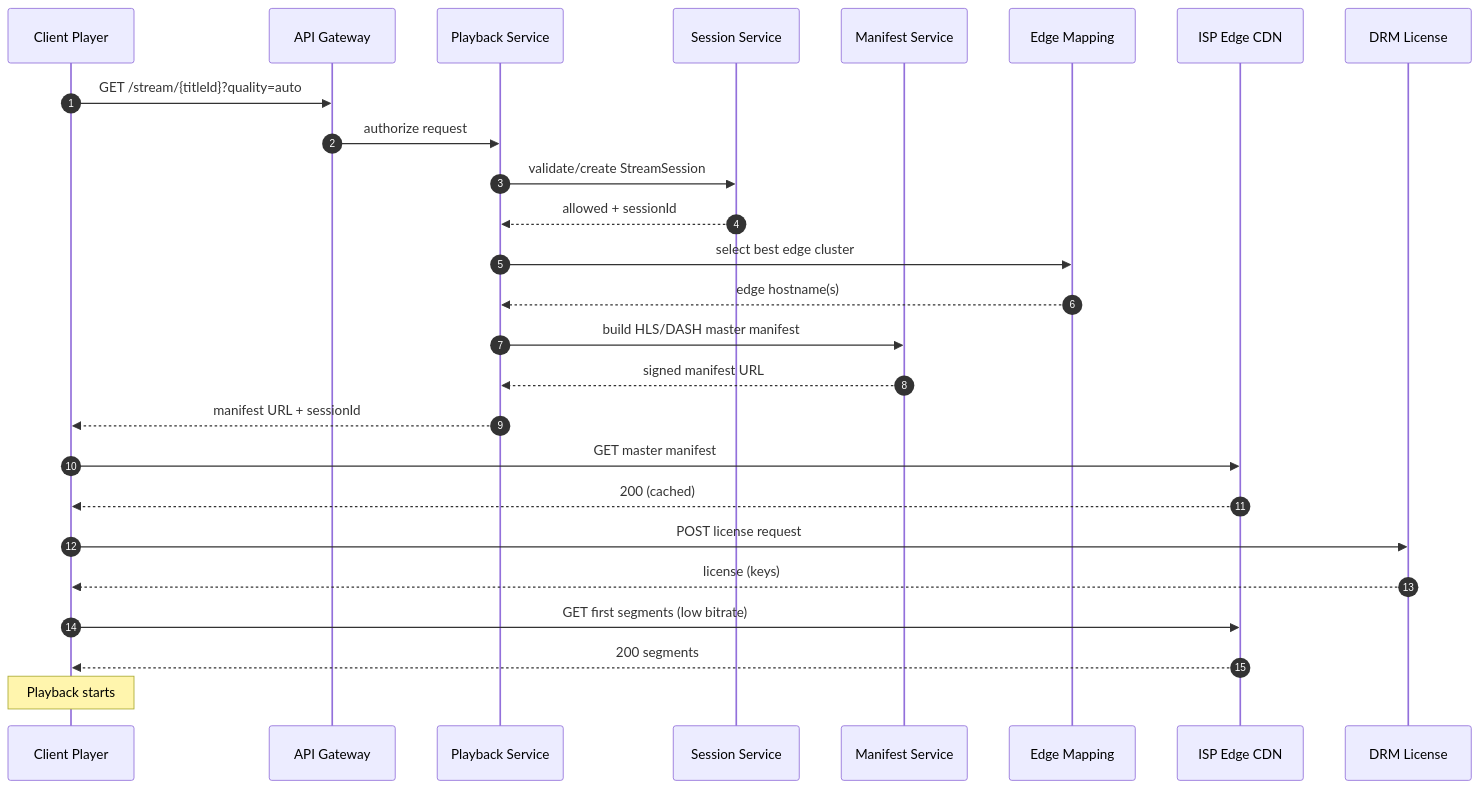
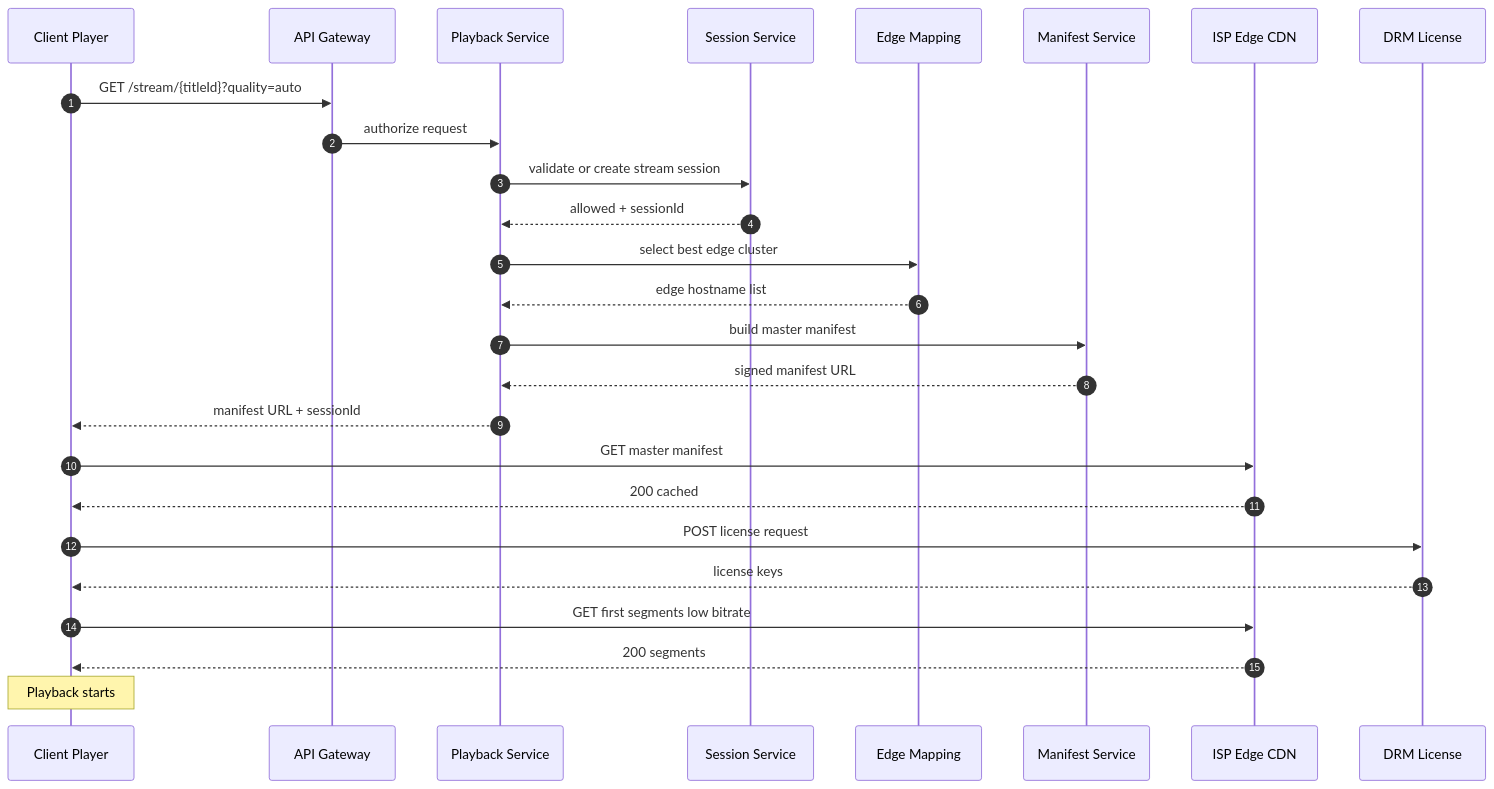
Before and after one commit to fragenabhishek/eventually-consistent-engineer: the second of 4 diagrams in SystemDesign/day-005-netflix/diagram.md, drawn with Mermaid. The commit also changed other lines of this file, not shown here.

````diff
--- a/SystemDesign/day-005-netflix/diagram.md
+++ b/SystemDesign/day-005-netflix/diagram.md
@@ -82,31 +90,30 @@
 ```mermaid
 sequenceDiagram
   autonumber
   participant C as Client Player
   participant GW as API Gateway
   participant P as Playback Service
   participant S as Session Service
+  participant E as Edge Mapping
   participant M as Manifest Service
-  participant E as Edge Mapping
   participant CDN as ISP Edge CDN
-  participant DRM as DRM License
+  participant D as DRM License
 
   C->>GW: GET /stream/{titleId}?quality=auto
   GW->>P: authorize request
-  P->>S: validate/create StreamSession
+  P->>S: validate or create stream session
   S-->>P: allowed + sessionId
   P->>E: select best edge cluster
-  E-->>P: edge hostname(s)
-  P->>M: build HLS/DASH master manifest
+  E-->>P: edge hostname list
+  P->>M: build master manifest
   M-->>P: signed manifest URL
   P-->>C: manifest URL + sessionId
 
   C->>CDN: GET master manifest
-  CDN-->>C: 200 (cached)
-  C->>DRM: POST license request
-  DRM-->>C: license (keys)
-
-  C->>CDN: GET first segments (low bitrate)
+  CDN-->>C: 200 cached
+  C->>D: POST license request
+  D-->>C: license keys
+  C->>CDN: GET first segments low bitrate
   CDN-->>C: 200 segments
   Note over C: Playback starts
 ```
````
